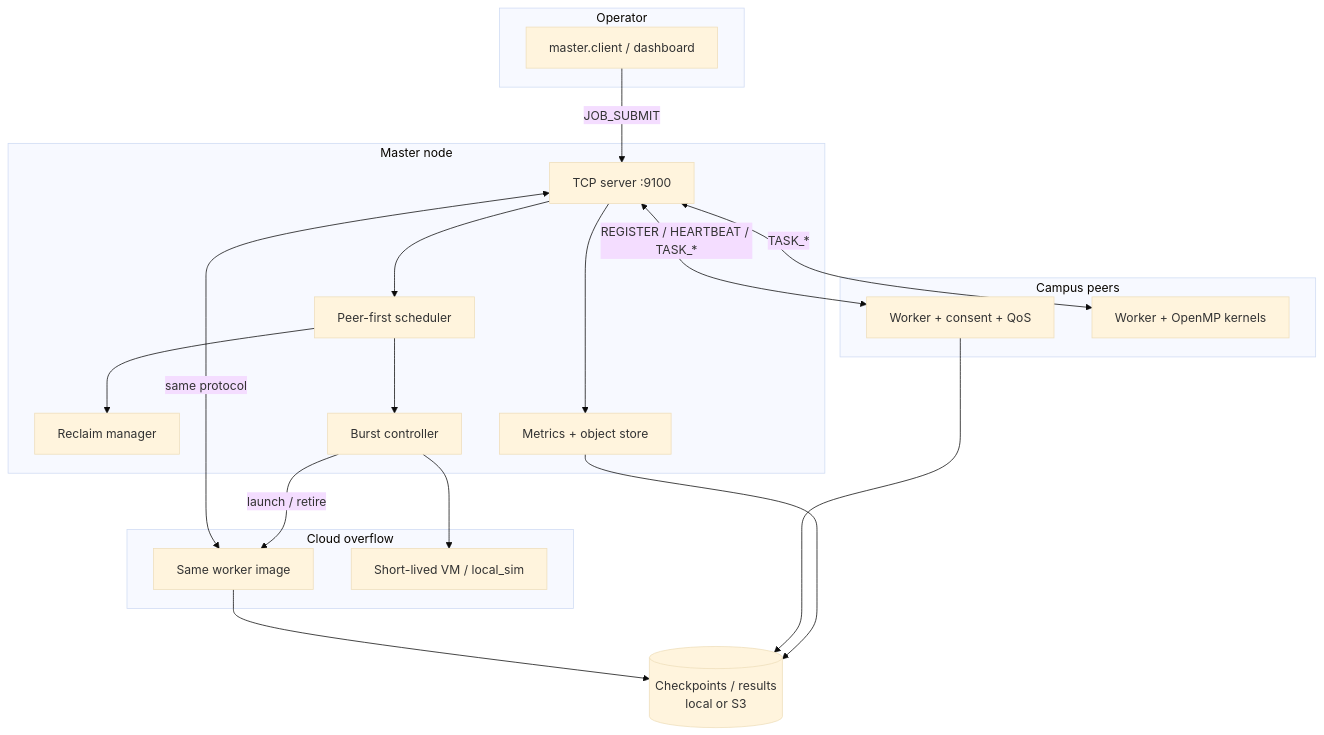
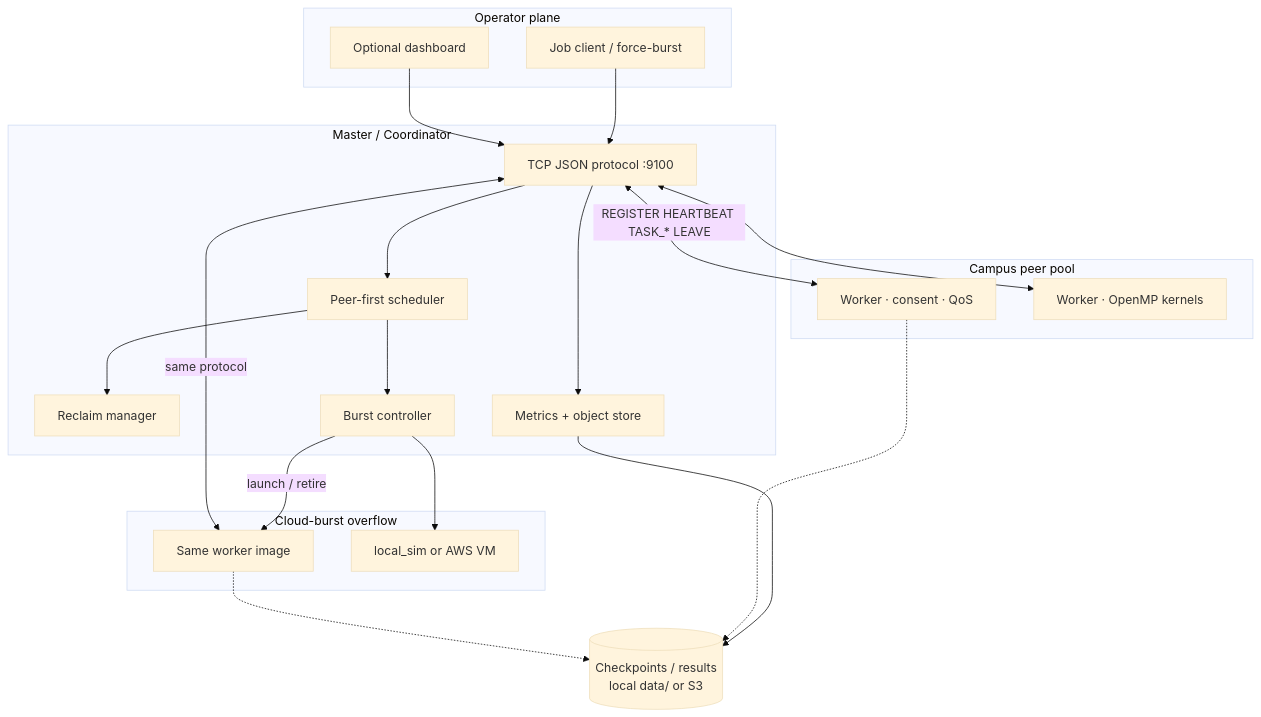
Before and after one commit to false200/HighPerformanceComputing: the first of 2 diagrams in README.md, drawn with Mermaid (base theme). The commit also changed other lines of this file, not shown here.

First line of the commit message:
Reshape README to EventualShop-style research architecture layout.

````diff
--- a/README.md
+++ b/README.md
@@ -13,40 +53,42 @@
 ```mermaid
 flowchart TB
-  subgraph Ops["Operator"]
-    CLI["master.client / dashboard"]
+  subgraph Ops["Operator plane"]
+    CLI["Job client / force-burst"]
+    DASH["Optional dashboard"]
   end
 
-  subgraph Master["Master node"]
-    SRV["TCP server :9100"]
+  subgraph Master["Master / Coordinator"]
+    TCP["TCP JSON protocol :9100"]
     SCH["Peer-first scheduler"]
     REC["Reclaim manager"]
     BUR["Burst controller"]
     MET["Metrics + object store"]
-    SRV --> SCH
+    TCP --> SCH
     SCH --> REC
     SCH --> BUR
-    SRV --> MET
+    TCP --> MET
   end
 
-  subgraph Campus["Campus peers"]
-    W1["Worker + consent + QoS"]
-    W2["Worker + OpenMP kernels"]
+  subgraph Campus["Campus peer pool"]
+    CW1["Worker · consent · QoS"]
+    CW2["Worker · OpenMP kernels"]
   end
 
-  subgraph Cloud["Cloud overflow"]
-    C1["Same worker image"]
-    C2["Short-lived VM / local_sim"]
+  subgraph Cloud["Cloud-burst overflow"]
+    VM1["Same worker image"]
+    VM2["local_sim or AWS VM"]
   end
 
-  STORE[("Checkpoints / results\nlocal or S3")]
+  STORE[("Checkpoints / results\nlocal data/ or S3")]
 
-  CLI -->|JOB_SUBMIT| SRV
-  SRV <-->|REGISTER / HEARTBEAT / TASK_*| W1
-  SRV <-->|TASK_*| W2
-  BUR -->|launch / retire| C1
-  BUR --> C2
-  SRV <-->|same protocol| C1
+  CLI --> TCP
+  DASH --> TCP
+  TCP <-->|REGISTER HEARTBEAT TASK_* LEAVE| CW1
+  TCP <--> CW2
+  BUR -->|launch / retire| VM1
+  BUR --> VM2
+  TCP <-->|same protocol| VM1
   MET --> STORE
-  W1 --> STORE
-  C1 --> STORE
+  CW1 -.-> STORE
+  VM1 -.-> STORE
 ```
````
